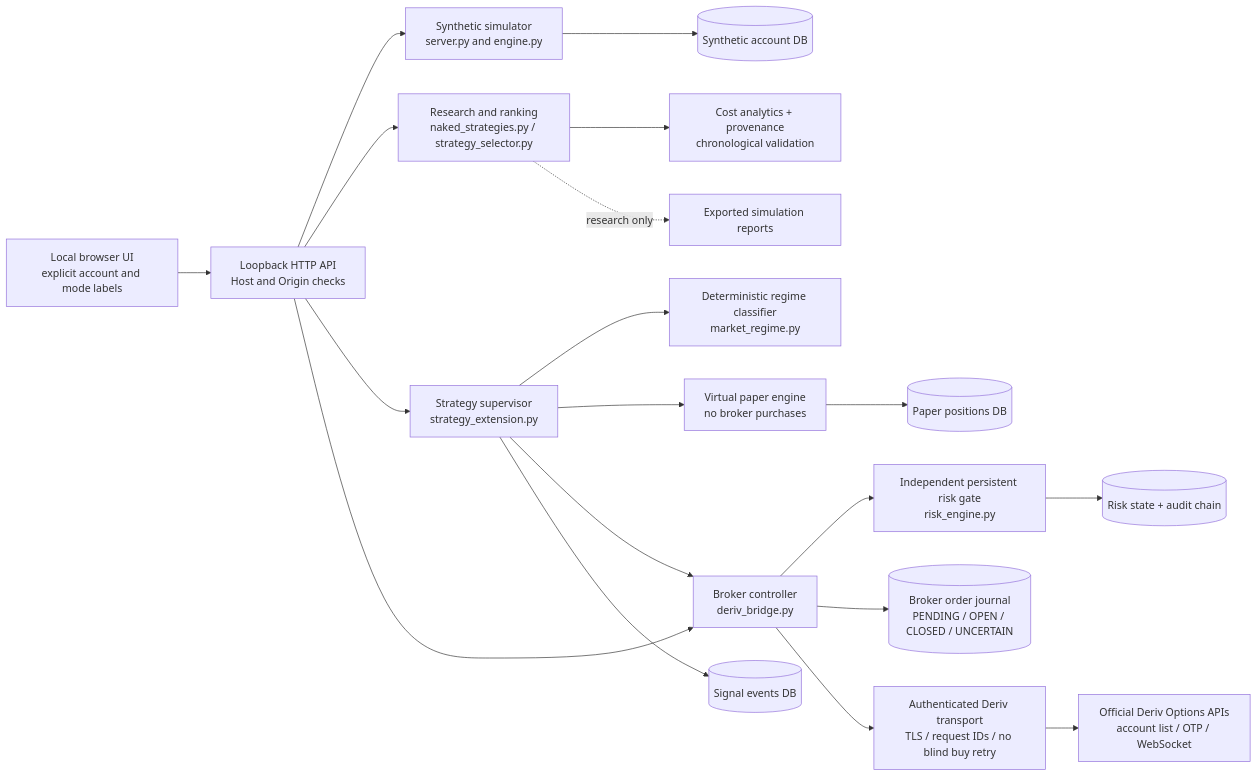
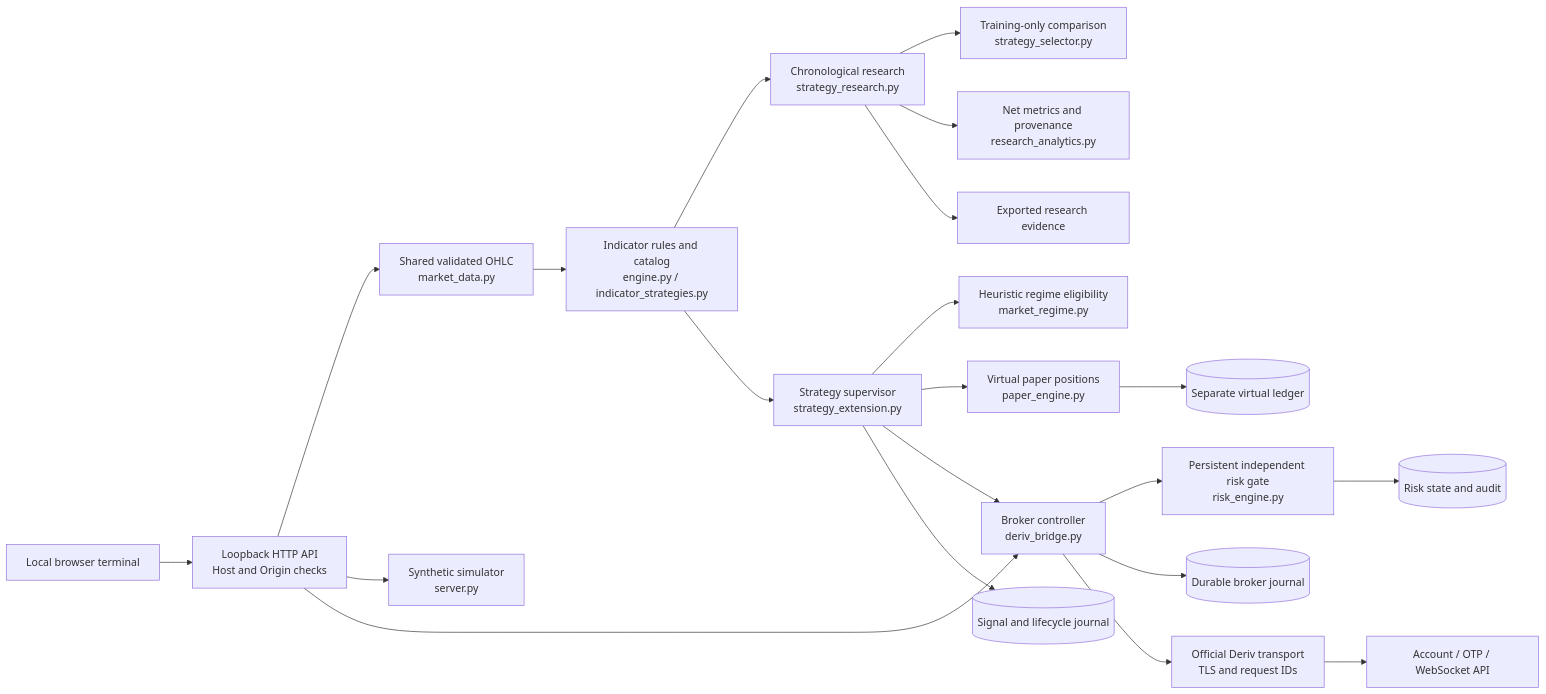
Before and after one commit to Mikeizu/Trading-bot: the diagram in docs/ARCHITECTURE.md, drawn with Mermaid. The commit also changed other lines of this file and 58 other files, not shown here.

Commit message:
Replace book strategies with 24 configurable indicator strategies

````diff
--- a/docs/ARCHITECTURE.md
+++ b/docs/ARCHITECTURE.md
@@ -5,21 +5,36 @@
 ```mermaid
 flowchart LR
-    UI[Local browser UI\nexplicit account and mode labels] --> HTTP[Loopback HTTP API\nHost and Origin checks]
-    HTTP --> SIM[Synthetic simulator\nserver.py and engine.py]
-    HTTP --> LAB[Research and ranking\nnaked_strategies.py / strategy_selector.py]
-    HTTP --> SUP[Strategy supervisor\nstrategy_extension.py]
-    LAB --> ANA[Cost analytics + provenance\nchronological validation]
-    SUP --> REG[Deterministic regime classifier\nmarket_regime.py]
-    SUP --> PAPER[Virtual paper engine\nno broker purchases]
-    SUP --> CTRL[Broker controller\nderiv_bridge.py]
-    HTTP --> CTRL
-    CTRL --> RISK[Independent persistent risk gate\nrisk_engine.py]
-    RISK --> RDB[(Risk state + audit chain)]
-    CTRL --> ORD[(Broker order journal\nPENDING / OPEN / CLOSED / UNCERTAIN)]
-    CTRL --> TX[Authenticated Deriv transport\nTLS / request IDs / no blind buy retry]
-    TX --> API[Official Deriv Options APIs\naccount list / OTP / WebSocket]
-    SIM --> SDB[(Synthetic account DB)]
-    PAPER --> PDB[(Paper positions DB)]
-    SUP --> SIG[(Signal events DB)]
-    LAB -. research only .-> REPORT[Exported simulation reports]
+    UI[Local browser terminal] --> API[Loopback HTTP API
+Host and Origin checks]
+    API --> DATA[Shared validated OHLC
+market_data.py]
+    API --> SIM[Synthetic simulator
+server.py]
+    DATA --> ENG[Indicator rules and catalog
+engine.py / indicator_strategies.py]
+    ENG --> LAB[Chronological research
+strategy_research.py]
+    LAB --> SELECT[Training-only comparison
+strategy_selector.py]
+    LAB --> METRIC[Net metrics and provenance
+research_analytics.py]
+    ENG --> SUP[Strategy supervisor
+strategy_extension.py]
+    SUP --> REG[Heuristic regime eligibility
+market_regime.py]
+    SUP --> PAPER[Virtual paper positions
+paper_engine.py]
+    SUP --> CTRL[Broker controller
+deriv_bridge.py]
+    API --> CTRL
+    CTRL --> RISK[Persistent independent risk gate
+risk_engine.py]
+    CTRL --> ORD[(Durable broker journal)]
+    RISK --> RDB[(Risk state and audit)]
+    CTRL --> TX[Official Deriv transport
+TLS and request IDs]
+    TX --> DERIV[Account / OTP / WebSocket API]
+    SUP --> SIG[(Signal and lifecycle journal)]
+    PAPER --> PDB[(Separate virtual ledger)]
+    LAB --> REPORT[Exported research evidence]
 ```
````
